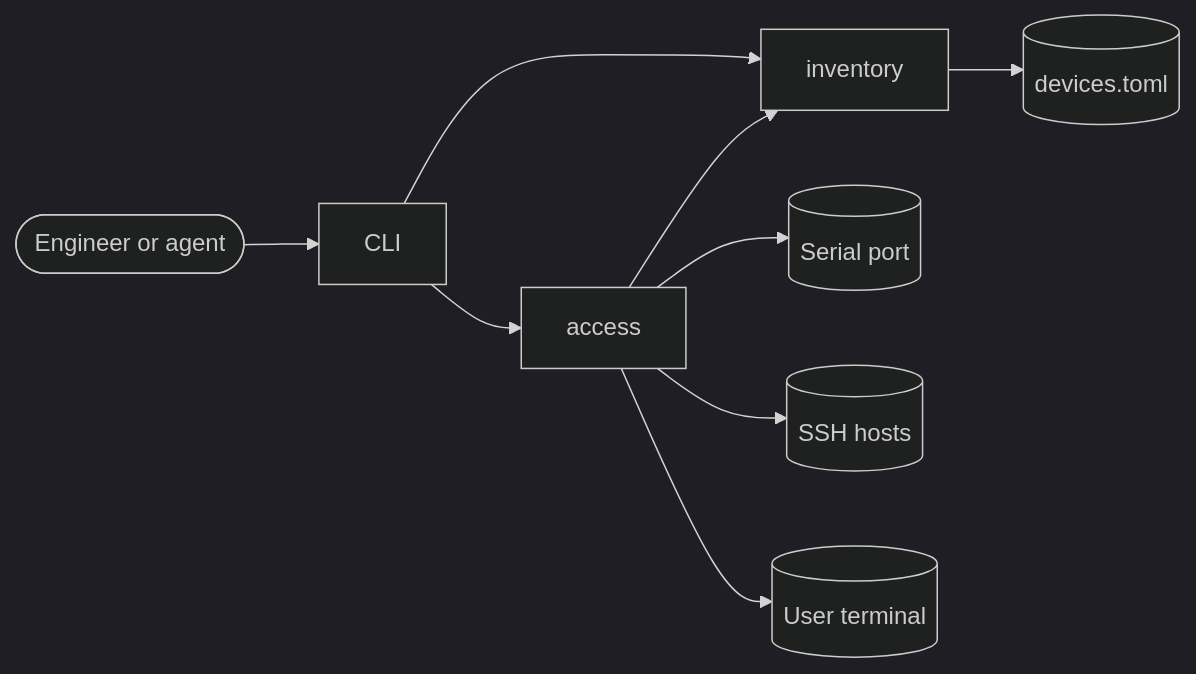
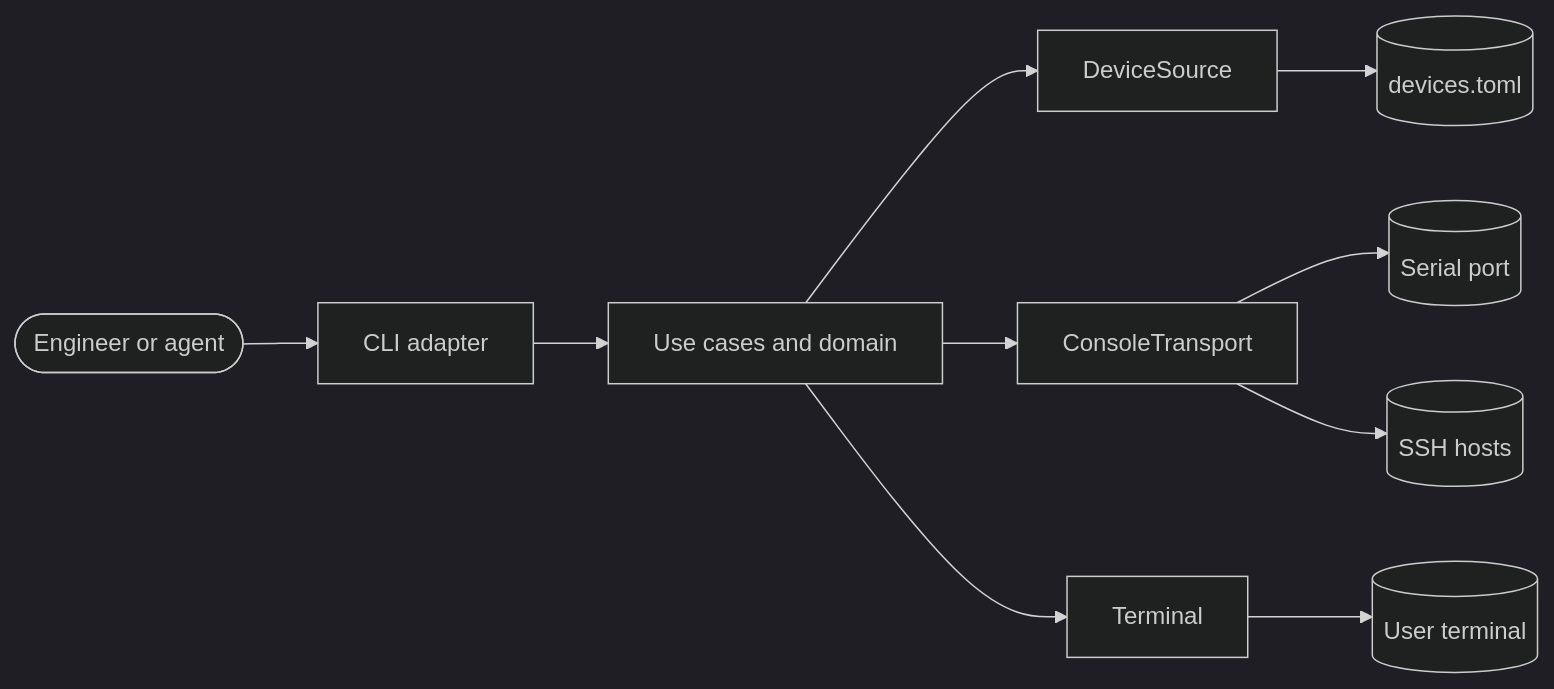
One commit to PrintPractical/cruze changed the diagram in examples/console-access/docs/architecture.md. Above: the diagram before and after it, drawn with Mermaid (dark theme). The commit also changed other lines of this file and 334 other files, not shown here.

````diff
--- a/examples/console-access/docs/architecture.md
+++ b/examples/console-access/docs/architecture.md
@@ -9,11 +7,12 @@
 ```mermaid
 flowchart LR
-  user([Engineer or agent]) --> cli[CLI]
-  cli --> inventory[inventory]
-  cli --> access[access]
-  access --> inventory
-  inventory --> config[(devices.toml)]
-  access --> serial[(Serial port)]
-  access --> ssh[(SSH hosts)]
-  access --> tty[(User terminal)]
+  user([Engineer or agent]) --> cli[CLI adapter]
+  cli --> core[Use cases and domain]
+  core --> devices[DeviceSource]
+  core --> transport[ConsoleTransport]
+  core --> terminal[Terminal]
+  devices --> toml[(devices.toml)]
+  transport --> serial[(Serial port)]
+  transport --> ssh[(SSH hosts)]
+  terminal --> tty[(User terminal)]
 ```
````
